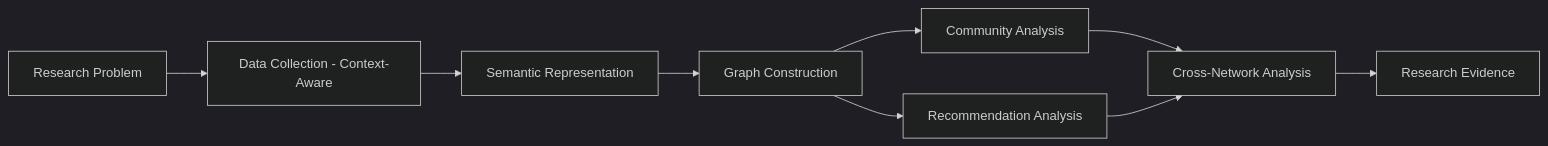
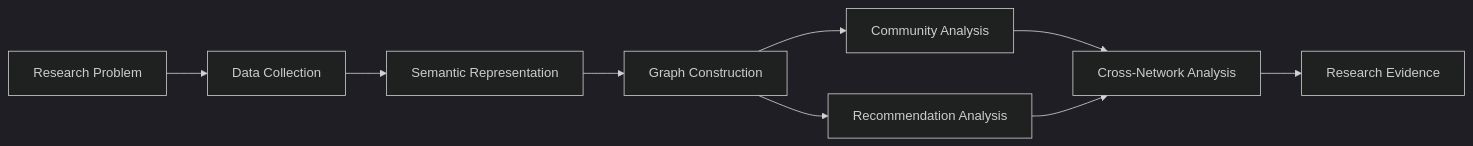
One commit to Ahmed-yasser86/The_CSocial_Science_Lab changed the seventh of 7 diagrams in README.md. Above: the diagram before and after it, drawn with Mermaid (dark theme). The commit also changed other lines of this file, not shown here.

First line of the commit message:
fix: simplify Mermaid diagrams for GitHub rendering

````diff
--- a/README.md
+++ b/README.md
@@ -1466,11 +1466,11 @@
 ```mermaid
 graph LR
-    RP[Research Problem] --> DC[Data Collection - Context-Aware]
+    RP[Research Problem] --> DC[Data Collection]
     DC --> SR[Semantic Representation]
     SR --> GC[Graph Construction]
     GC --> CA[Community Analysis]
     GC --> RA[Recommendation Analysis]
     CA --> CNA[Cross-Network Analysis]
     RA --> CNA
     CNA --> RE[Research Evidence]
 ```
````
